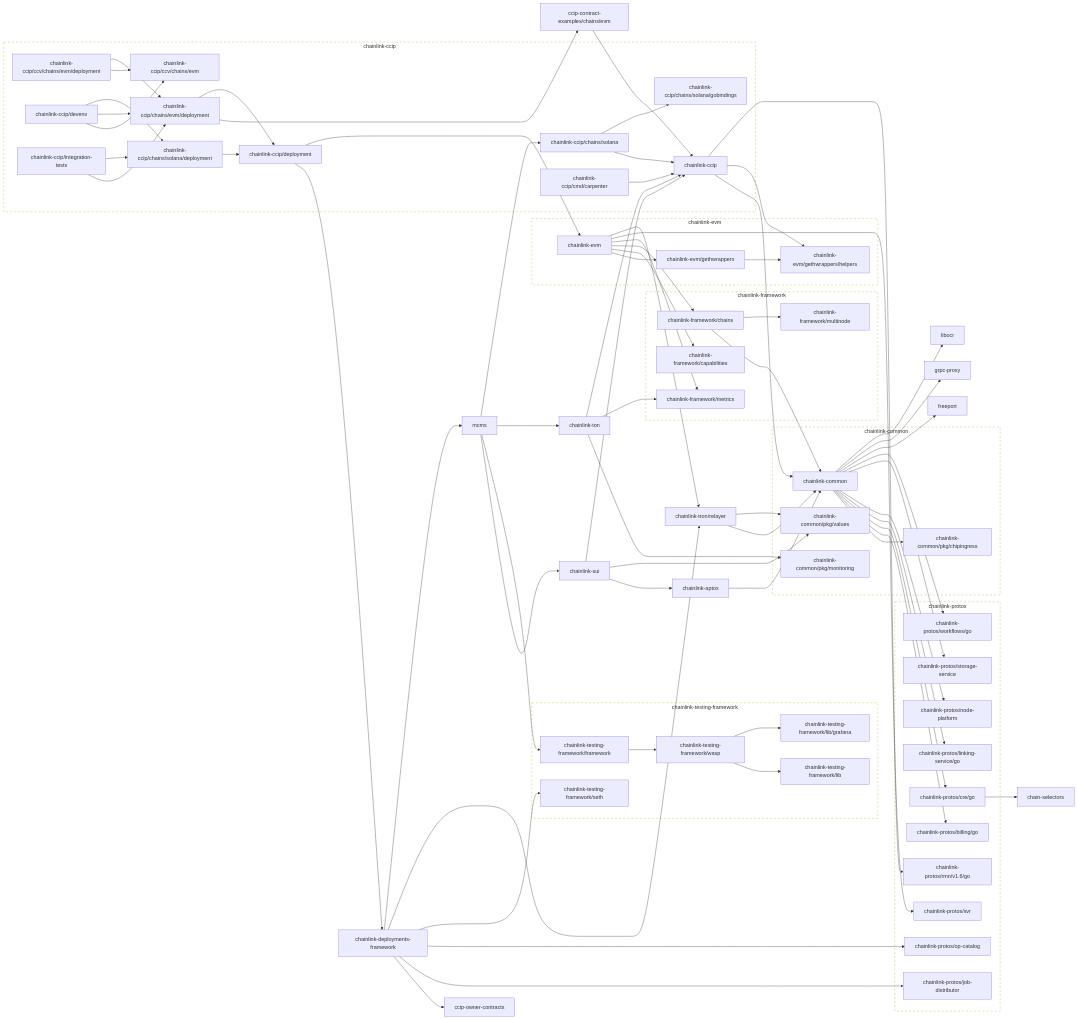
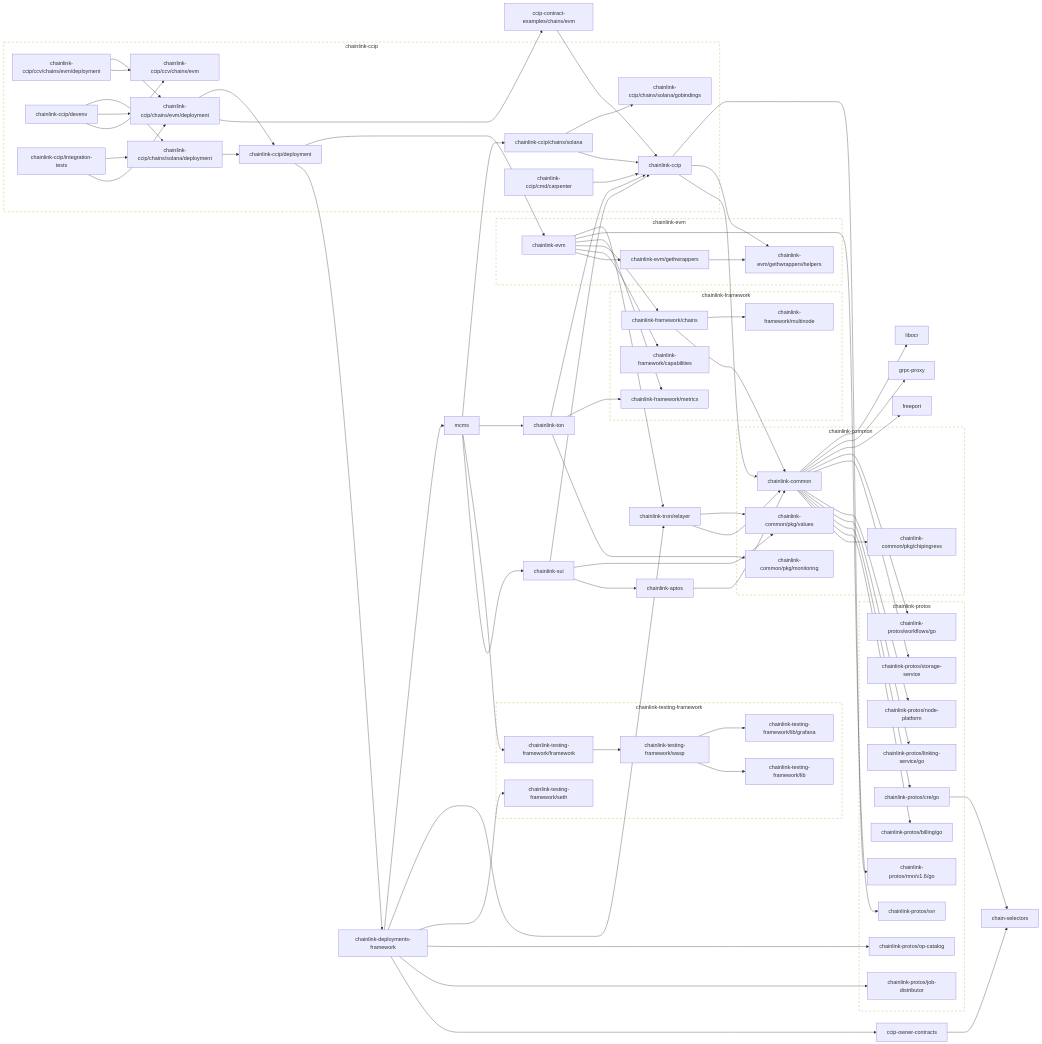
One commit to smartcontractkit/chainlink-ccip changed the second of 2 diagrams in go.md. Above: the diagram before and after it, drawn with Mermaid.

Commit message:
make generate

```diff
--- a/go.md
+++ b/go.md
@@ -71,7 +71,7 @@
 
 	ccip-contract-examples/chains/evm --> chainlink-ccip
 	click ccip-contract-examples/chains/evm href "https://github.com/smartcontractkit/ccip-contract-examples"
-	ccip-owner-contracts
+	ccip-owner-contracts --> chain-selectors
 	click ccip-owner-contracts href "https://github.com/smartcontractkit/ccip-owner-contracts"
 	chain-selectors
 	click chain-selectors href "https://github.com/smartcontractkit/chain-selectors"
```
